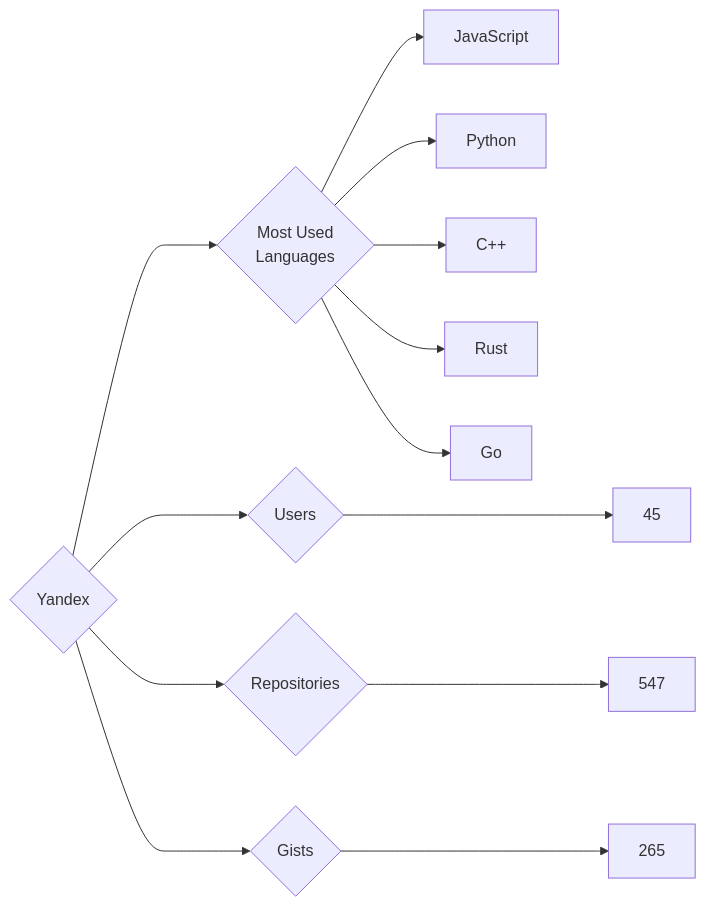
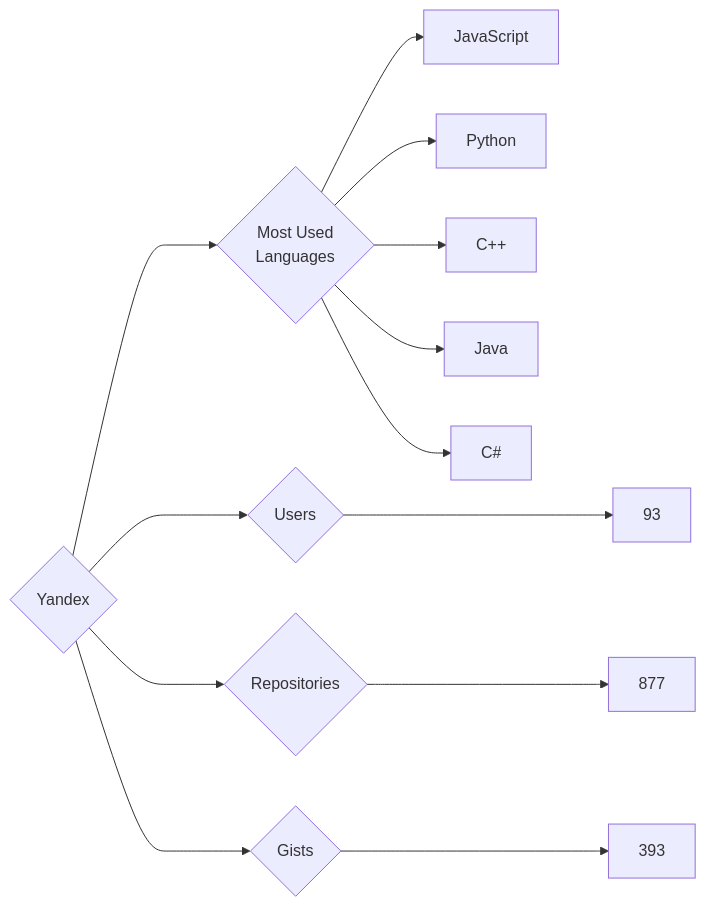
One commit to trickest/insiders changed the diagram in targets/Yandex/README.md. Above: the diagram before and after it, drawn with Mermaid. The commit also changed 895 other files, not shown here.

````diff
--- a/targets/Yandex/README.md
+++ b/targets/Yandex/README.md
@@ -3,13 +3,13 @@
 ```mermaid
 graph LR
 COMPANY_NAME{Yandex}
-COMPANY_NAME ---> U{Users} ---> UN[45]
-COMPANY_NAME ---> R{Repositories} ---> RN[547]
-COMPANY_NAME ---> G{Gists} ---> GN[265]
+COMPANY_NAME ---> U{Users} ---> UN[93]
+COMPANY_NAME ---> R{Repositories} ---> RN[877]
+COMPANY_NAME ---> G{Gists} ---> GN[393]
 COMPANY_NAME ---> ML{Most Used<br>Languages}
 ML --> JavaScript[JavaScript]
 ML --> Python[Python]
 ML --> C++[C++]
-ML --> Rust[Rust]
-ML --> Go[Go]
+ML --> Java[Java]
+ML --> C#[C#]
 ```
````
